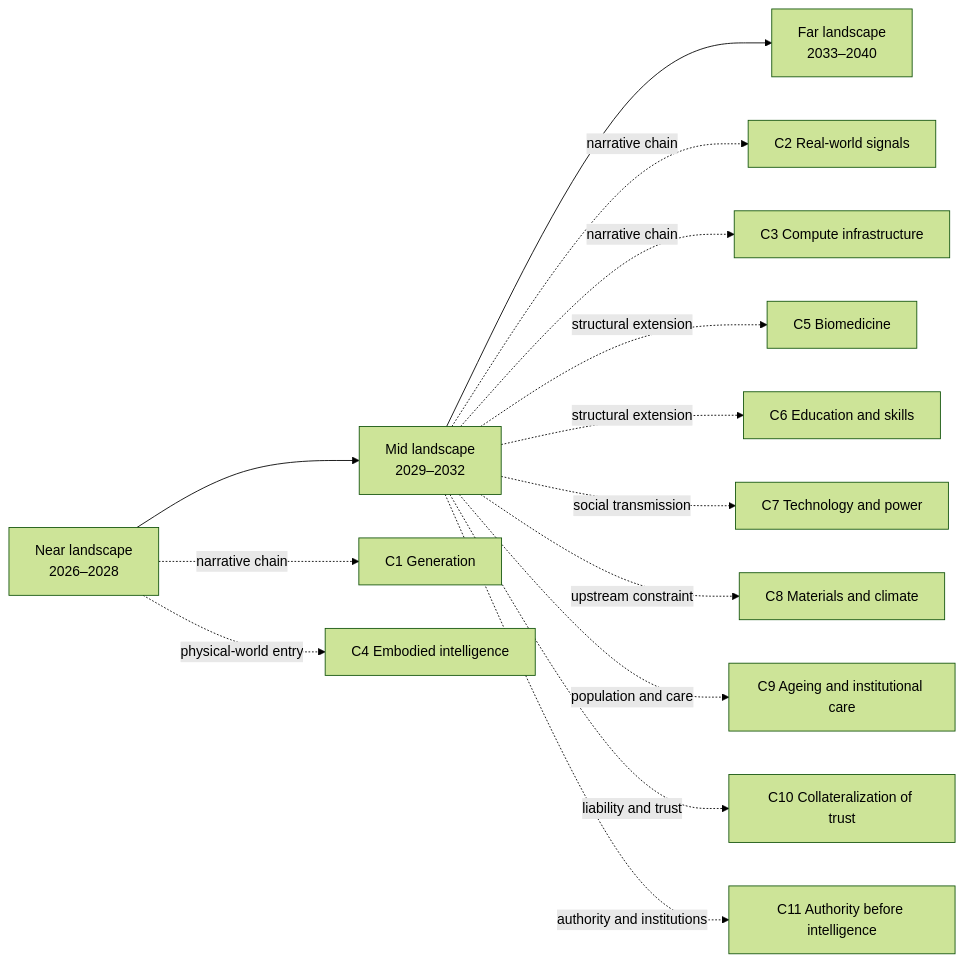
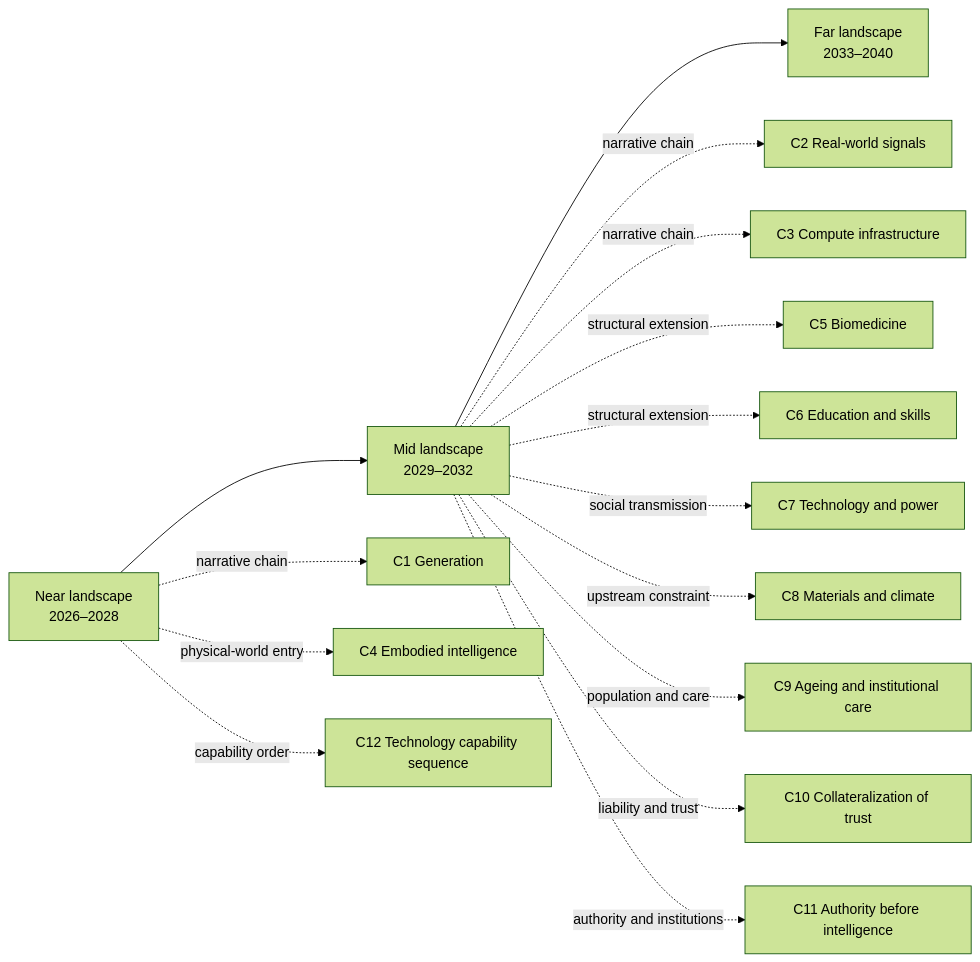
The diagram in README.en.md (SenZhangAI/foresight-by-ai), drawn with Mermaid (forest theme) before and after one commit. The commit also changed other lines of this file and 25 other files, not shown here.

First line of the commit message:
docs(chains): register the technology capability sequence as C12 and declare its lens gap

````diff
--- a/README.en.md
+++ b/README.en.md
@@ -178,16 +180,17 @@
 ```mermaid
 flowchart LR
   N[Near landscape\n2026–2028] --> M[Mid landscape\n2029–2032]
   M --> F[Far landscape\n2033–2040]
   N -.narrative chain.-> C1[C1 Generation]
   M -.narrative chain.-> C2[C2 Real-world signals]
   M -.narrative chain.-> C3[C3 Compute infrastructure]
   N -.physical-world entry.-> C4[C4 Embodied intelligence]
   M -.structural extension.-> C5[C5 Biomedicine]
   M -.structural extension.-> C6[C6 Education and skills]
   M -.social transmission.-> C7[C7 Technology and power]
   M -.upstream constraint.-> C8[C8 Materials and climate]
   M -.population and care.-> C9[C9 Ageing and institutional care]
   M -.liability and trust.-> C10[C10 Collateralization of trust]
   M -.authority and institutions.-> C11[C11 Authority before intelligence]
+  N -.capability order.-> C12[C12 Technology capability sequence]
 ```
````
